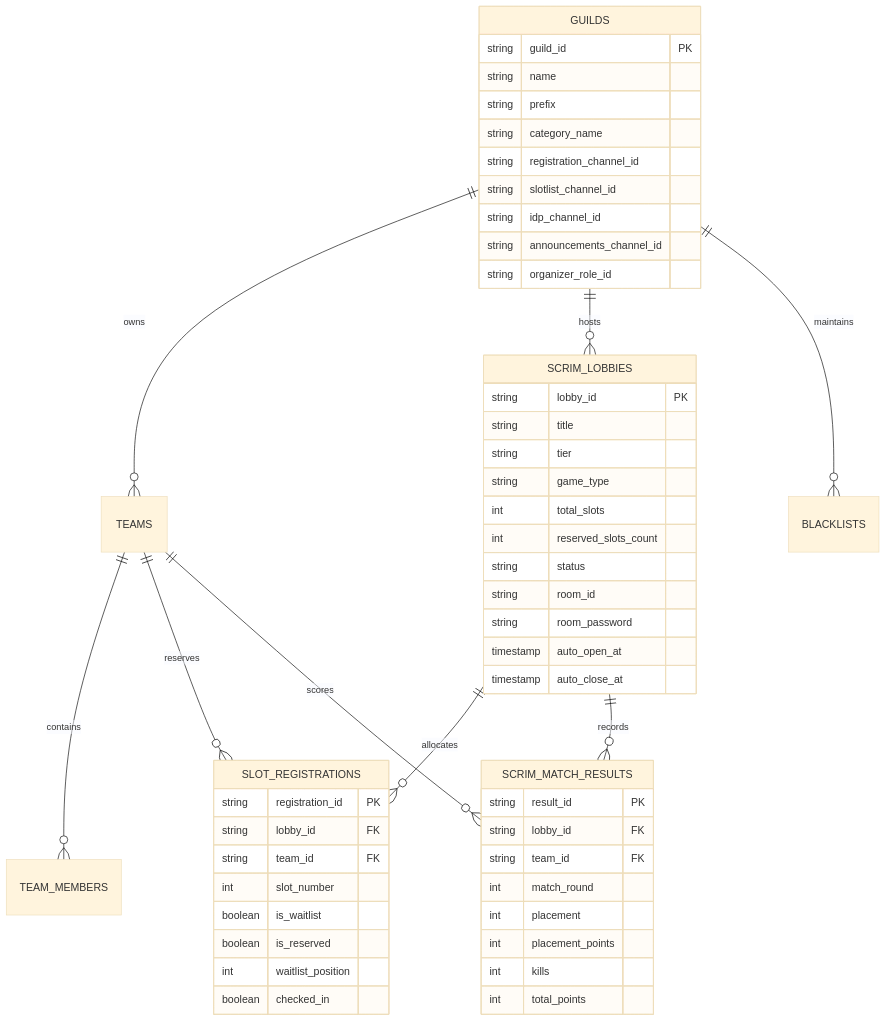
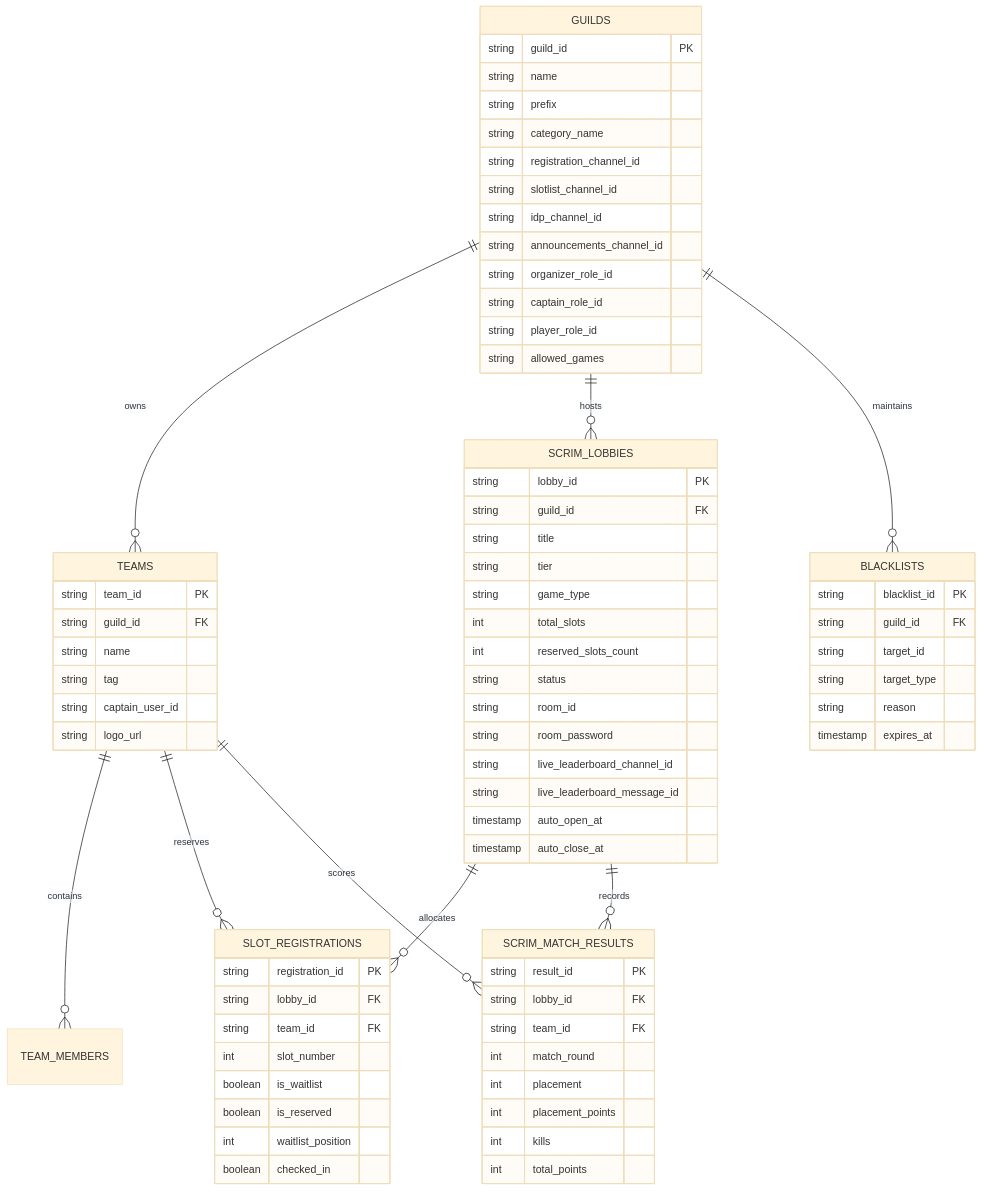
One commit to Crystal-Studio-Labs/Crystal-Scrims-Manager changed the diagram in README.md. Above: the diagram before and after it, drawn with Mermaid (base theme). The commit also changed other lines of this file and 11 other files, not shown here.

Commit message:
feat: add live leaderboard channel, auto-role setup, game whitelists, misclick guards, and exhaustive docs

````diff
--- a/README.md
+++ b/README.md
@@ -70,10 +139,14 @@
         string idp_channel_id
         string announcements_channel_id
         string organizer_role_id
+        string captain_role_id
+        string player_role_id
+        string allowed_games
     }
 
     SCRIM_LOBBIES {
         string lobby_id PK
+        string guild_id FK
         string title
         string tier
         string game_type
@@ -82,6 +155,8 @@
         string status
         string room_id
         string room_password
+        string live_leaderboard_channel_id
+        string live_leaderboard_message_id
         timestamp auto_open_at
         timestamp auto_close_at
     }
@@ -107,4 +182,22 @@
         int kills
         int total_points
     }
+
+    TEAMS {
+        string team_id PK
+        string guild_id FK
+        string name
+        string tag
+        string captain_user_id
+        string logo_url
+    }
+
+    BLACKLISTS {
+        string blacklist_id PK
+        string guild_id FK
+        string target_id
+        string target_type
+        string reason
+        timestamp expires_at
+    }
 ```
````
